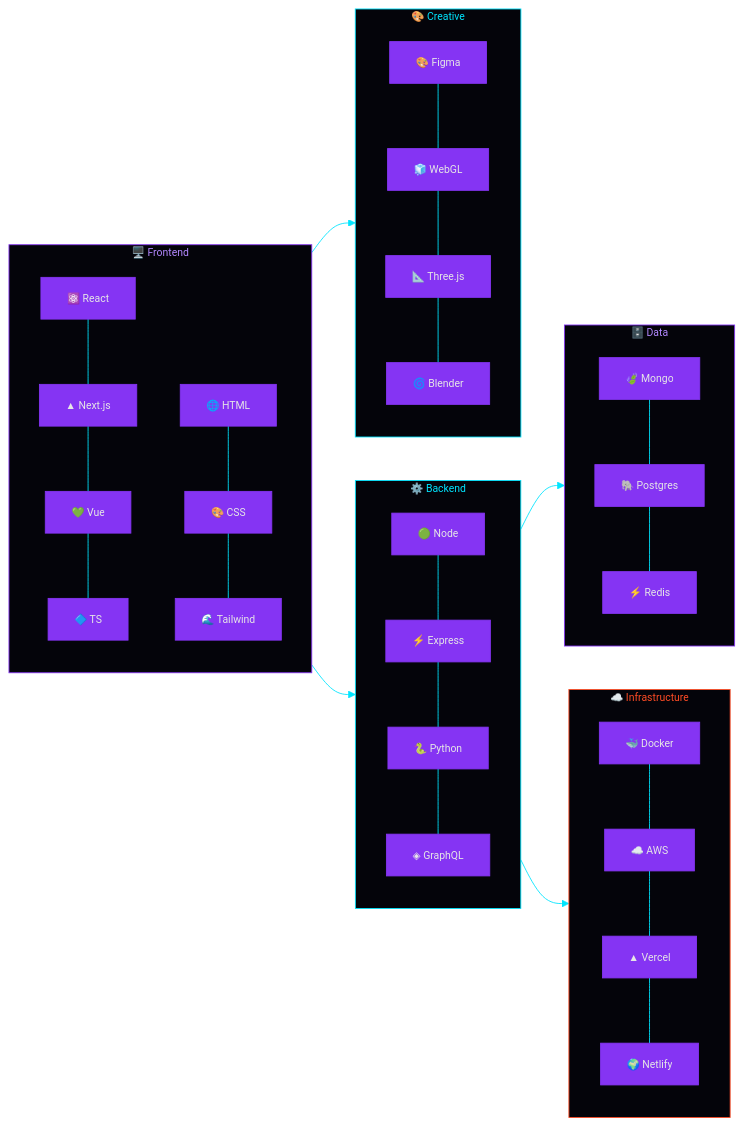
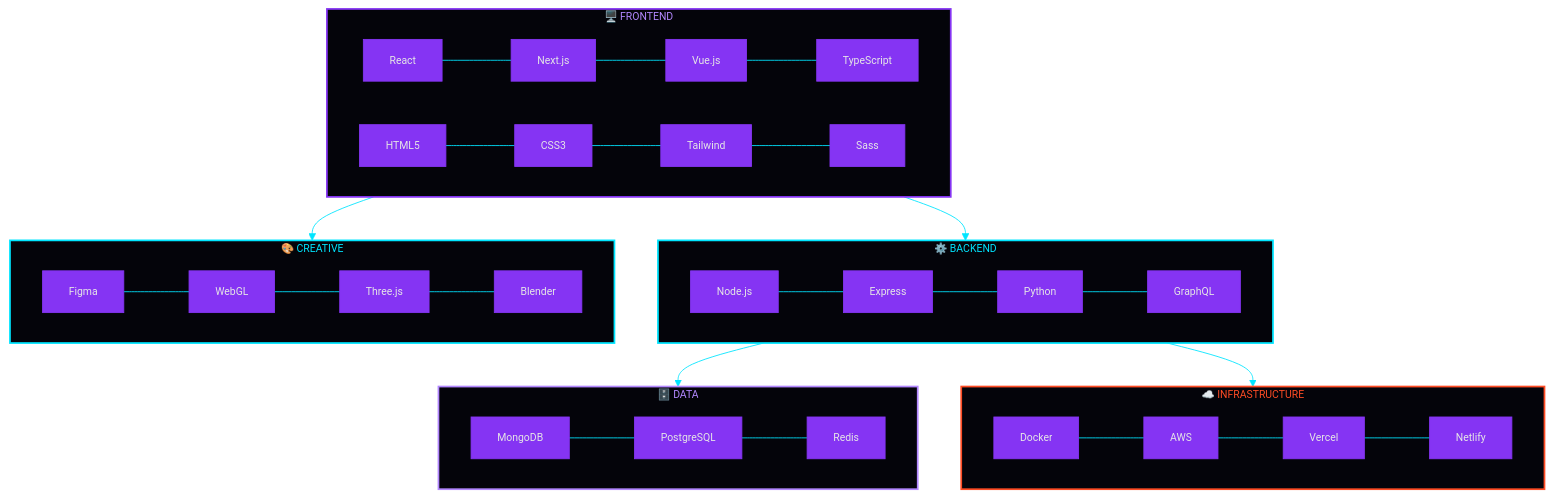
Before and after one commit to iakadion/iakadion: the third of 5 diagrams in README.md, drawn with Mermaid. The commit also changed other lines of this file and 2 other files, not shown here.

````diff
--- a/README.md
+++ b/README.md
@@ -250,28 +317,33 @@
 ```mermaid
 %%{init: {'theme':'base','themeVariables':{'primaryColor':'#8534F3','primaryTextColor':'#E6E6E6','primaryBorderColor':'#8534F3','lineColor':'#00E5FF','secondaryColor':'#04040A','tertiaryColor':'#1a1a2e','fontSize':'12px'}}}%%
-graph LR
-    subgraph FE["🖥️ Frontend"]
-        R[⚛️ React] --- N[▲ Next.js] --- V[💚 Vue] --- T[🔷 TS]
-        H[🌐 HTML] --- C[🎨 CSS] --- TW[🌊 Tailwind]
-    end
-    subgraph BE["⚙️ Backend"]
-        NO[🟢 Node] --- EX[⚡ Express] --- PY[🐍 Python] --- GQ[◈ GraphQL]
-    end
-    subgraph IN["☁️ Infrastructure"]
-        D[🐳 Docker] --- AW[☁️ AWS] --- VR[▲ Vercel] --- NL[🌍 Netlify]
-    end
-    subgraph DA["🗄️ Data"]
-        MG[🍃 Mongo] --- PG[🐘 Postgres] --- RD[⚡ Redis]
-    end
-    subgraph CR["🎨 Creative"]
-        FG[🎨 Figma] --- WJ[🧊 WebGL] --- TJ[📐 Three.js] --- BL[🌀 Blender]
-    end
-    FE --> BE --> DA
-    BE --> IN
-    FE --> CR
-    style FE fill:#04040A,stroke:#8534F3,stroke-width:1px,color:#B388FF
-    style BE fill:#04040A,stroke:#00E5FF,stroke-width:1px,color:#00E5FF
-    style IN fill:#04040A,stroke:#FE4C25,stroke-width:1px,color:#FE4C25
-    style DA fill:#04040A,stroke:#8534F3,stroke-width:1px,color:#B388FF
-    style CR fill:#04040A,stroke:#00E5FF,stroke-width:1px,color:#00E5FF
+graph TB
+  subgraph FRONTEND["🖥️ FRONTEND"]
+    direction LR
+    R[React] --- N[Next.js] --- V[Vue.js] --- T[TypeScript]
+    H[HTML5] --- C[CSS3] --- TW[Tailwind] --- S[Sass]
+  end
+  subgraph BACKEND["⚙️ BACKEND"]
+    direction LR
+    NO[Node.js] --- EX[Express] --- PY[Python] --- GQ[GraphQL]
+  end
+  subgraph INFRA["☁️ INFRASTRUCTURE"]
+    direction LR
+    D[Docker] --- AW[AWS] --- VR[Vercel] --- NL[Netlify]
+  end
+  subgraph DATA["🗄️ DATA"]
+    direction LR
+    MG[MongoDB] --- PG[PostgreSQL] --- RD[Redis]
+  end
+  subgraph CREATIVE["🎨 CREATIVE"]
+    direction LR
+    FG[Figma] --- WG[WebGL] --- TJ[Three.js] --- BL[Blender]
+  end
+  FRONTEND --> BACKEND --> DATA
+  BACKEND --> INFRA
+  FRONTEND --> CREATIVE
+  style FRONTEND fill:#04040A,stroke:#8534F3,stroke-width:2px,color:#B388FF
+  style BACKEND fill:#04040A,stroke:#00E5FF,stroke-width:2px,color:#00E5FF
+  style INFRA fill:#04040A,stroke:#FE4C25,stroke-width:2px,color:#FE4C25
+  style DATA fill:#04040A,stroke:#B388FF,stroke-width:2px,color:#B388FF
+  style CREATIVE fill:#04040A,stroke:#00E5FF,stroke-width:2px,color:#00E5FF
 ```
````
